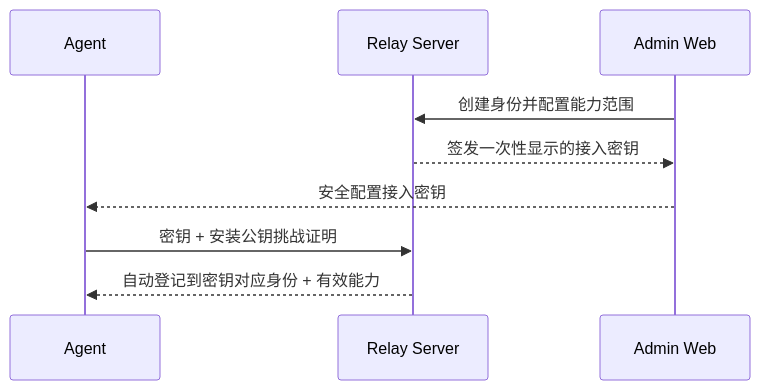
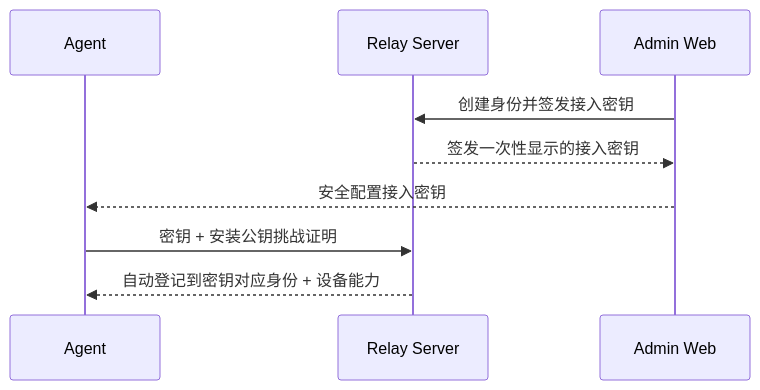
Before and after one commit to timwai/RelayProxy: the third of 9 diagrams in README.md, drawn with Mermaid. The commit also changed other lines of this file and 22 other files, not shown here.

````diff
--- a/README.md
+++ b/README.md
@@ -76,12 +76,12 @@
 ```mermaid
 sequenceDiagram
     participant A as Agent
     participant S as Relay Server
     participant W as Admin Web
 
-    W->>S: 创建身份并配置能力范围
+    W->>S: 创建身份并签发接入密钥
     S-->>W: 签发一次性显示的接入密钥
     W-->>A: 安全配置接入密钥
     A->>S: 密钥 + 安装公钥挑战证明
-    S-->>A: 自动登记到密钥对应身份 + 有效能力
+    S-->>A: 自动登记到密钥对应身份 + 设备能力
 ```
````
